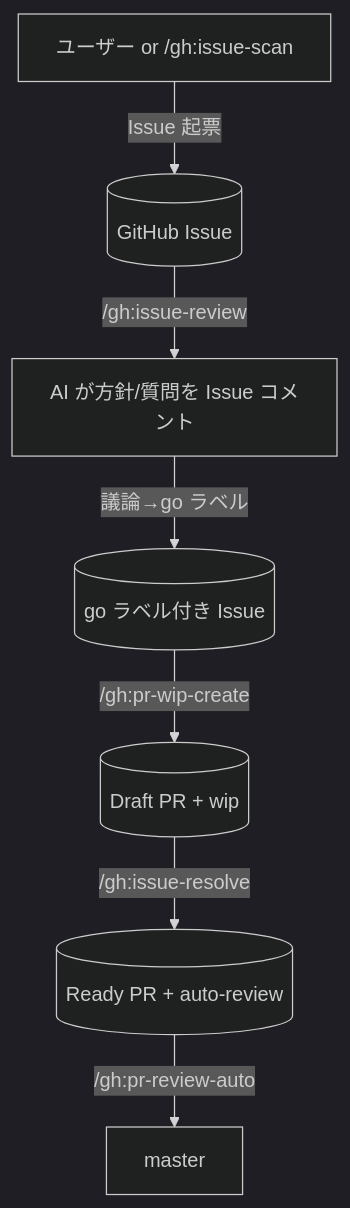
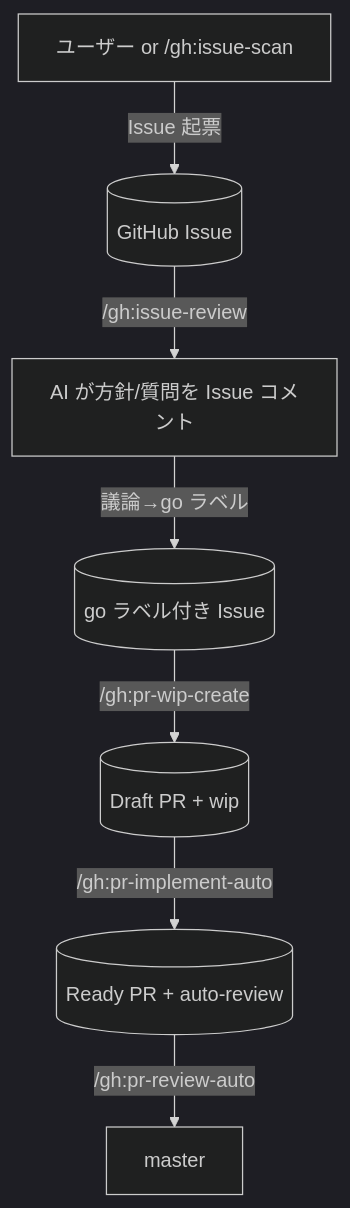
One commit to shuhei1101/my-plugins changed the diagram in .work/notes/プラグイン/ghプラグイン.md. Above: the diagram before and after it, drawn with Mermaid (dark theme). The commit also changed other lines of this file and 9 other files, not shown here.

First line of the commit message:
refactor(gh): issue-resolve 系を pr-implement-auto + pr-implementer に統合（v0.4）

````diff
--- a/.work/notes/プラグイン/ghプラグイン.md
+++ b/.work/notes/プラグイン/ghプラグイン.md
@@ -9,9 +9,9 @@
 ```mermaid
 flowchart TD
   U[ユーザー or /gh:issue-scan] -->|Issue 起票| Issue[(GitHub Issue)]
   Issue -->|/gh:issue-review| Review[AI が方針/質問を Issue コメント]
   Review -->|議論→go ラベル| Go[(go ラベル付き Issue)]
   Go -->|/gh:pr-wip-create| WIP[(Draft PR + wip)]
-  WIP -->|/gh:issue-resolve| Ready[(Ready PR + auto-review)]
+  WIP -->|/gh:pr-implement-auto| Ready[(Ready PR + auto-review)]
   Ready -->|/gh:pr-review-auto| Master[master]
 ```
````
